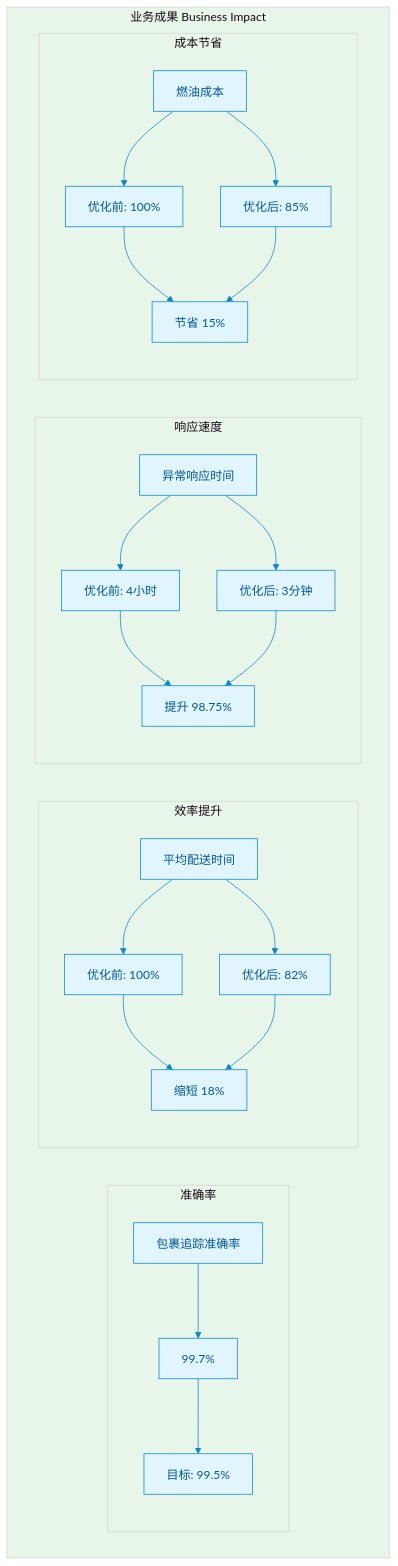
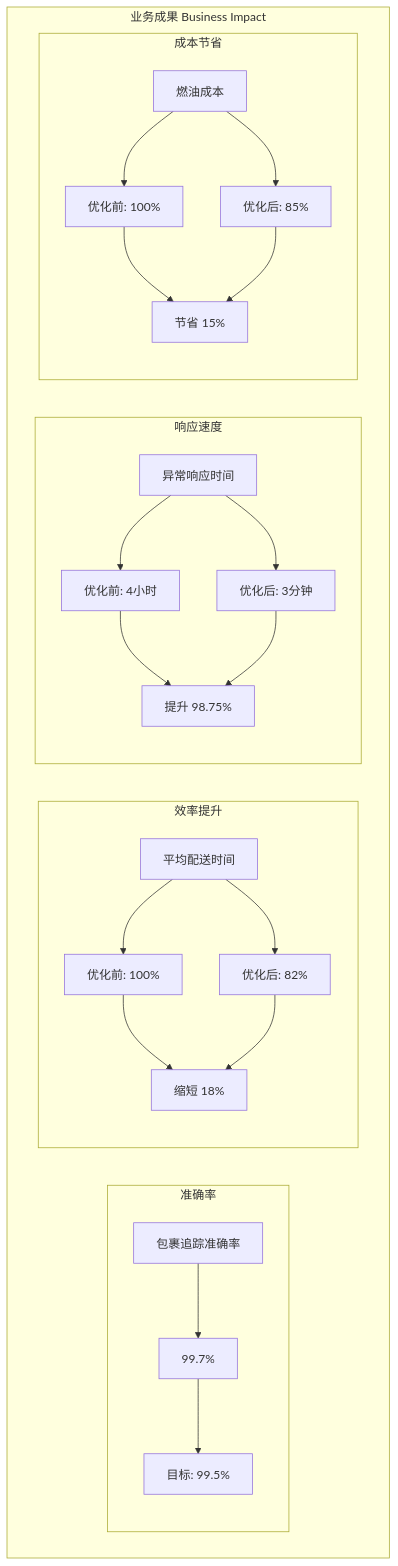
The fifth of 5 diagrams in Flink/09-practices/09.01-case-studies/case-logistics-realtime-tracking.md (AdaMartin18010/AnalysisDataFlow), drawn with Mermaid before and after one commit. The commit also changed other lines of this file and 679 other files, not shown here.

````diff
--- a/Flink/09-practices/09.01-case-studies/case-logistics-realtime-tracking.md
+++ b/Flink/09-practices/09.01-case-studies/case-logistics-realtime-tracking.md
@@ -1353,52 +1353,51 @@
 ```mermaid
-%%{init: {'theme': 'base', 'themeVariables': { 'primaryColor': '#e1f5fe', 'primaryTextColor': '#01579b', 'primaryBorderColor': '#0288d1', 'lineColor': '#0288d1', 'secondaryColor': '#fff3e0', 'tertiaryColor': '#e8f5e9'}}}%%
 graph TB
     subgraph "业务成果 Business Impact"
         direction LR
 
         subgraph "准确率"
             ACC["包裹追踪准确率"]
             ACC_VAL["99.7%"]
             ACC_TGT["目标: 99.5%"]
         end
 
         subgraph "效率提升"
             TIME["平均配送时间"]
             TIME_OLD["优化前: 100%"]
             TIME_NEW["优化后: 82%"]
             TIME_SAVE["缩短 18%"]
         end
 
         subgraph "响应速度"
             RESP["异常响应时间"]
             RESP_OLD["优化前: 4小时"]
             RESP_NEW["优化后: 3分钟"]
             RESP_IMP["提升 98.75%"]
         end
 
         subgraph "成本节省"
             FUEL["燃油成本"]
             FUEL_OLD["优化前: 100%"]
             FUEL_NEW["优化后: 85%"]
             FUEL_SAVE["节省 15%"]
         end
     end
 
     ACC --> ACC_VAL
     ACC_VAL --> ACC_TGT
 
     TIME --> TIME_OLD
     TIME --> TIME_NEW
     TIME_OLD --> TIME_SAVE
     TIME_NEW --> TIME_SAVE
 
     RESP --> RESP_OLD
     RESP --> RESP_NEW
     RESP_OLD --> RESP_IMP
     RESP_NEW --> RESP_IMP
 
     FUEL --> FUEL_OLD
     FUEL --> FUEL_NEW
     FUEL_OLD --> FUEL_SAVE
     FUEL_NEW --> FUEL_SAVE
 ```
````
